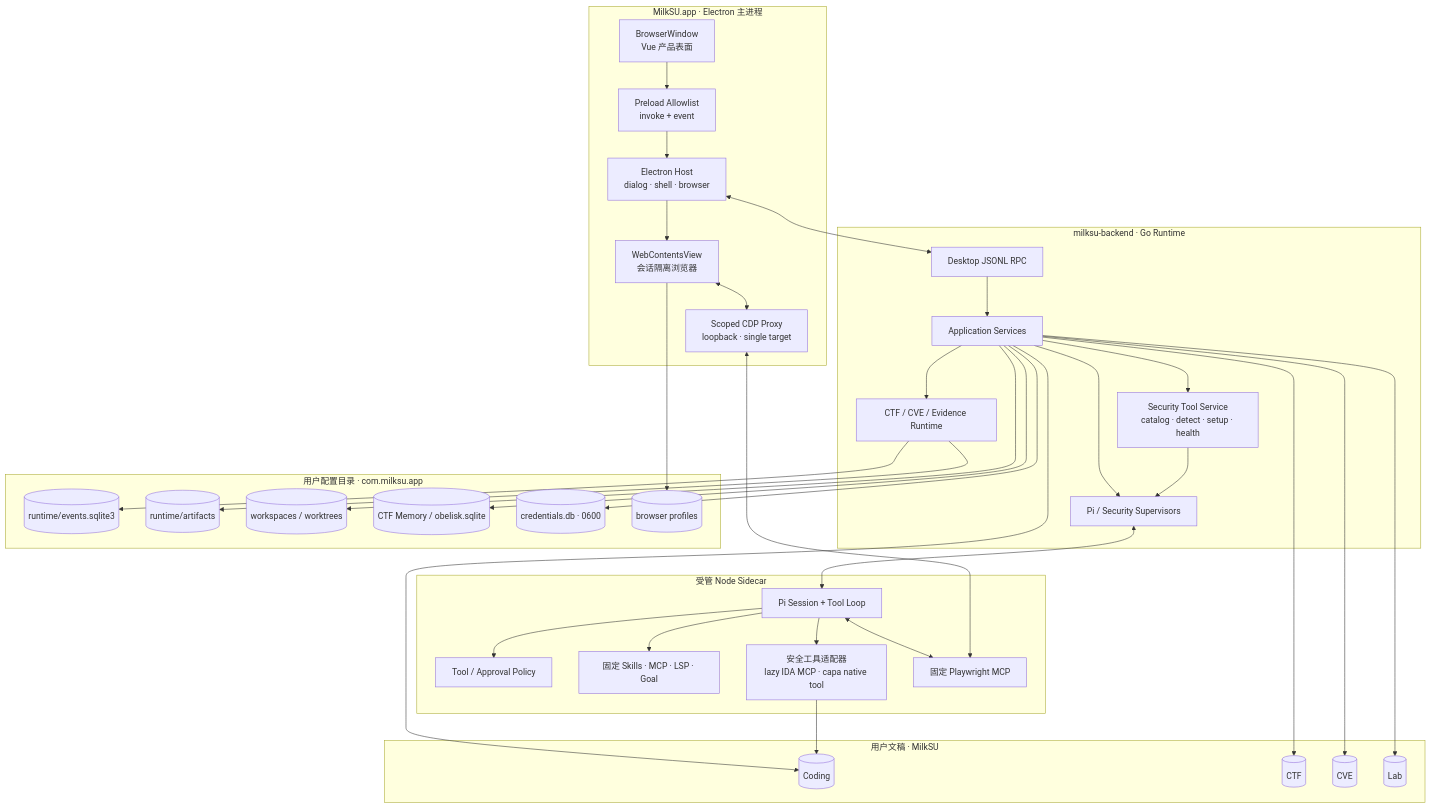
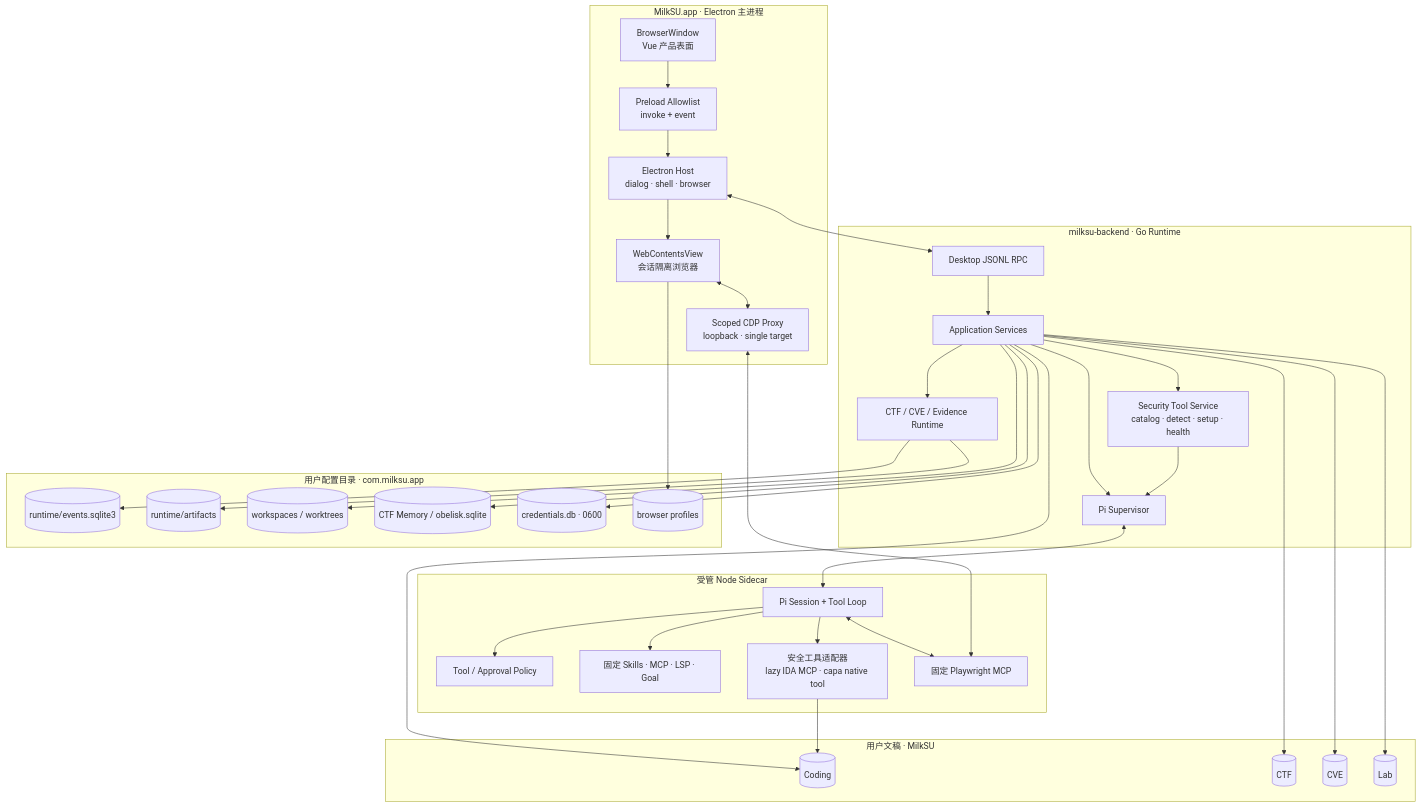
One commit to MilkSU-Official/milksu changed the second of 5 diagrams in docs/architecture/current-system.md. Above: the diagram before and after it, drawn with Mermaid. The commit also changed 47 other files, not shown here.

````diff
--- a/docs/architecture/current-system.md
+++ b/docs/architecture/current-system.md
@@ -93,64 +93,64 @@
 ```mermaid
 flowchart TB
     subgraph electron["MilkSU.app · Electron 主进程"]
         window["BrowserWindow<br/>Vue 产品表面"]
         preload["Preload Allowlist<br/>invoke + event"]
         host["Electron Host<br/>dialog · shell · browser"]
         browser["WebContentsView<br/>会话隔离浏览器"]
         proxy["Scoped CDP Proxy<br/>loopback · single target"]
     end
 
     subgraph go_process["milksu-backend · Go Runtime"]
         rpc["Desktop JSONL RPC"]
         app["Application Services"]
         runtime["CTF / CVE / Evidence Runtime"]
-        supervisors["Pi / Security Supervisors"]
+        supervisors["Pi Supervisor"]
         tool_catalog["Security Tool Service<br/>catalog · detect · setup · health"]
     end
 
     subgraph sidecar["受管 Node Sidecar"]
         pi["Pi Session + Tool Loop"]
         policy["Tool / Approval Policy"]
         resources["固定 Skills · MCP · LSP · Goal"]
         security_adapters["安全工具适配器<br/>lazy IDA MCP · capa native tool"]
         playwright["固定 Playwright MCP"]
     end
 
     subgraph data["用户配置目录 · com.milksu.app"]
         events[("runtime/events.sqlite3")]
         artifacts[("runtime/artifacts")]
         workspaces[("workspaces / worktrees")]
         memories[("CTF Memory / obelisk.sqlite")]
         credentials[("credentials.db · 0600")]
         profiles[("browser profiles")]
     end
 
     subgraph documents["用户文稿 · MilkSU"]
         coding_files[("Coding")]
         ctf_files[("CTF")]
         cve_files[("CVE")]
         lab_files[("Lab")]
     end
 
     window --> preload --> host
     host <--> rpc --> app
     app --> runtime
     app --> supervisors <--> pi
     app --> tool_catalog --> supervisors
     pi --> policy
     pi --> resources
     pi --> security_adapters
     pi <--> playwright
     host --> browser --> profiles
     browser <--> proxy <--> playwright
     runtime --> events
     runtime --> artifacts
     app --> workspaces
     app --> memories
     app --> credentials
     app --> coding_files
     app --> ctf_files
     app --> cve_files
     app --> lab_files
     security_adapters --> coding_files
 ```
````
